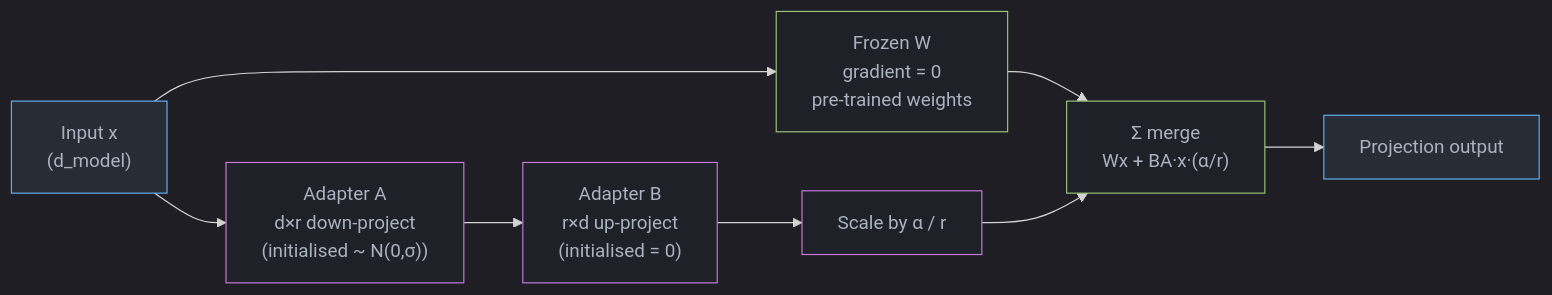
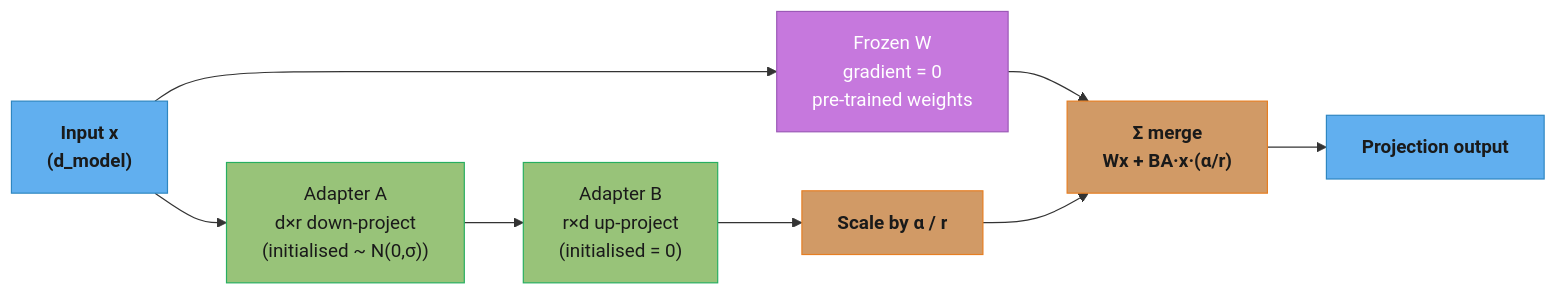
One commit to rppol/system-design changed the diagram in src/main/java/com/rutik/systemdesign/llm/fine_tuning/README.md. Above: the diagram before and after it, drawn with Mermaid. The commit also changed 88 other files, not shown here.

````diff
--- a/src/main/java/com/rutik/systemdesign/llm/fine_tuning/README.md
+++ b/src/main/java/com/rutik/systemdesign/llm/fine_tuning/README.md
@@ -145,24 +145,27 @@
 ```mermaid
-%%{init: {'flowchart': {'curve': 'basis'}, 'theme': 'dark'}}%%
 flowchart LR
-    classDef io   fill:#282c34,stroke:#61afef,color:#abb2bf
-    classDef proc fill:#1e2127,stroke:#98c379,color:#abb2bf
-    classDef llm  fill:#1e2127,stroke:#c678dd,color:#abb2bf
+    classDef io      fill:#61afef,stroke:#2e86c1,color:#1a1a1a,font-weight:bold
+    classDef frozen  fill:#c678dd,stroke:#9b59b6,color:#fff
+    classDef train   fill:#98c379,stroke:#27ae60,color:#1a1a1a
+    classDef mathOp  fill:#d19a66,stroke:#e67e22,color:#1a1a1a,font-weight:bold
+    classDef lossN   fill:#e06c75,stroke:#c0392b,color:#fff,font-weight:bold
+    classDef req     fill:#56b6c2,stroke:#0097a7,color:#1a1a1a
+    classDef base    fill:#e5c07b,stroke:#f39c12,color:#1a1a1a
 
     X["Input x\n(d_model)"]
     W["Frozen W\ngradient = 0\npre-trained weights"]
     A["Adapter A\nd×r  down-project\n(initialised ~ N(0,σ))"]
     B["Adapter B\nr×d  up-project\n(initialised = 0)"]
     SCALE["Scale by α / r"]
     SUM["Σ  merge\nWx + BA·x·(α/r)"]
     OUT["Projection output"]
 
     X --> W --> SUM
     X --> A --> B --> SCALE --> SUM
     SUM --> OUT
 
     class X,OUT io
-    class W proc
-    class A,B,SCALE llm
-    class SUM proc
+    class W frozen
+    class A,B train
+    class SCALE,SUM mathOp
 ```
````
